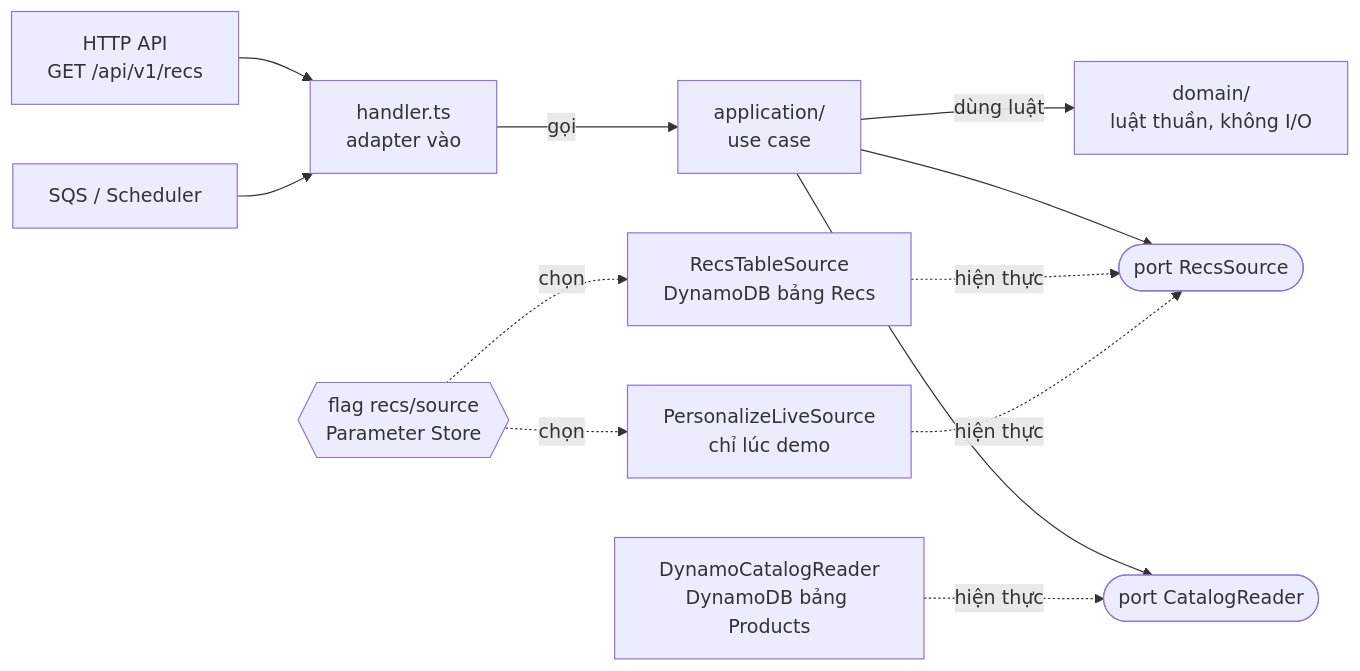
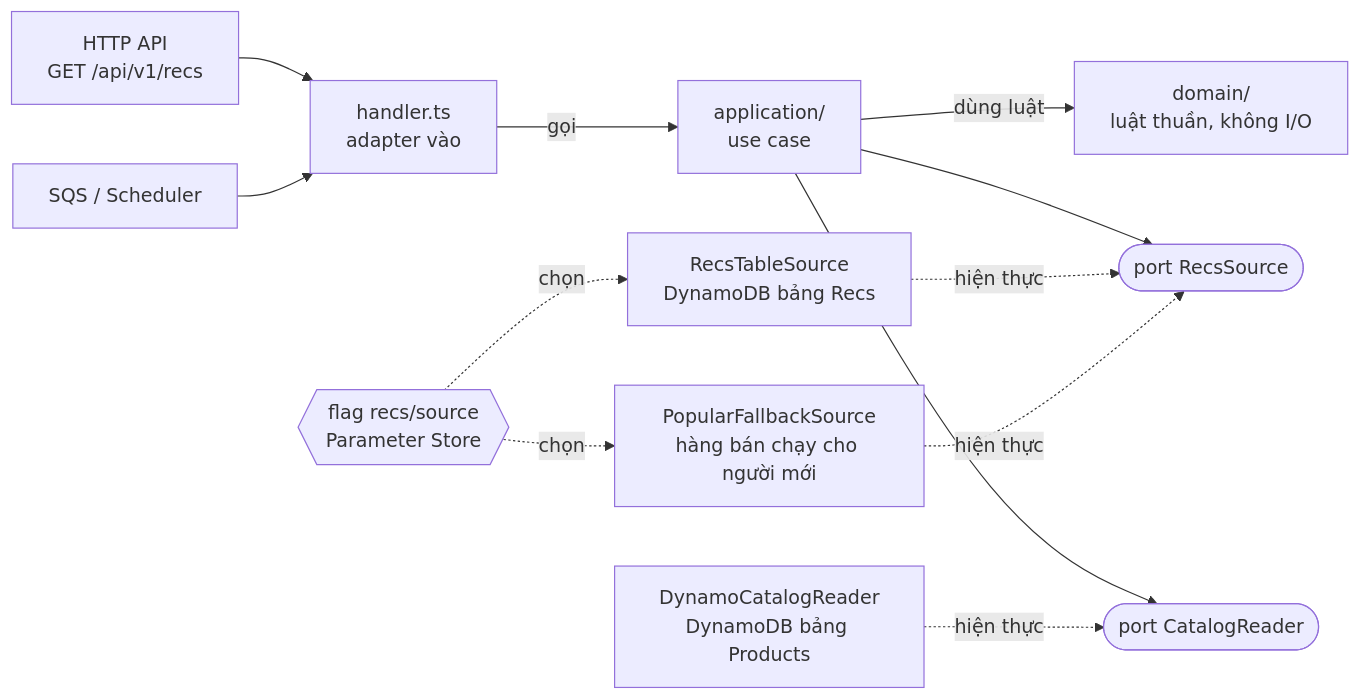
The first of 2 diagrams in docs/engineering-plan.md (hhieuann/shop-ai), drawn with Mermaid before and after one commit. The commit also changed other lines of this file and 18 other files, not shown here.

````diff
--- a/docs/engineering-plan.md
+++ b/docs/engineering-plan.md
@@ -114,14 +114,14 @@
 ```mermaid
 flowchart LR
   API["HTTP API<br/>GET /api/v1/recs"] --> H["handler.ts<br/>adapter vào"]
   SQS["SQS / Scheduler"] --> H
   H -->|gọi| U["application/<br/>use case"]
   U -->|dùng luật| D["domain/<br/>luật thuần, không I/O"]
   U --> P1(["port RecsSource"])
   U --> P2(["port CatalogReader"])
   A1["RecsTableSource<br/>DynamoDB bảng Recs"] -.hiện thực.-> P1
-  A2["PersonalizeLiveSource<br/>chỉ lúc demo"] -.hiện thực.-> P1
+  A2["PopularFallbackSource<br/>hàng bán chạy cho người mới"] -.hiện thực.-> P1
   A3["DynamoCatalogReader<br/>DynamoDB bảng Products"] -.hiện thực.-> P2
   F{{"flag recs/source<br/>Parameter Store"}} -.chọn.-> A1
   F -.chọn.-> A2
 ```
````
